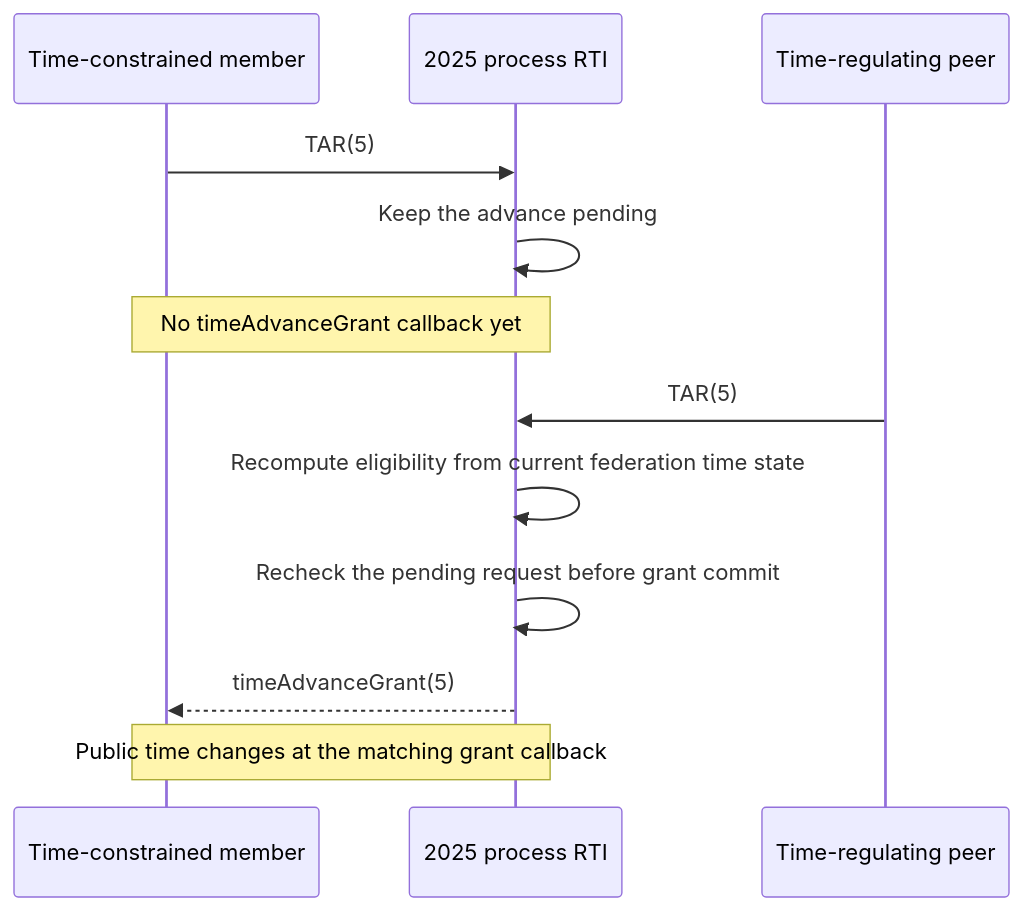
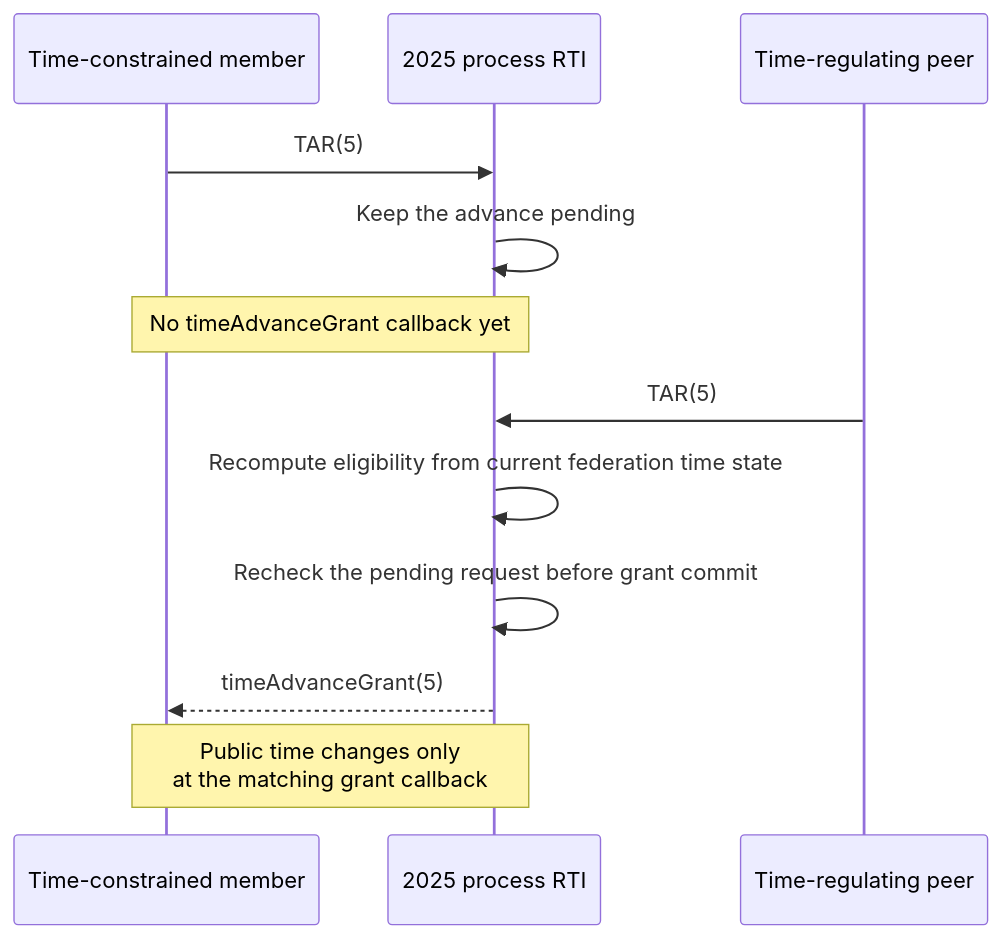
Before and after one commit to sheepfling/umbra: diagram 30 of 30 in docs/design/HLA-2025-TIME-MANAGEMENT-GUIDE.md, drawn with Mermaid. The commit also changed other lines of this file and 39 other files, not shown here.

Commit message:
Document IEEE 1516.1-2025 behavior flows

````diff
--- a/docs/design/HLA-2025-TIME-MANAGEMENT-GUIDE.md
+++ b/docs/design/HLA-2025-TIME-MANAGEMENT-GUIDE.md
@@ -1151,14 +2367,14 @@
 ```mermaid
 sequenceDiagram
   participant C as Time-constrained member
   participant RTI as 2025 process RTI
   participant R as Time-regulating peer
   C->>RTI: TAR(5)
   RTI->>RTI: Keep the advance pending
   Note over C,RTI: No timeAdvanceGrant callback yet
   R->>RTI: TAR(5)
   RTI->>RTI: Recompute eligibility from current federation time state
   RTI->>RTI: Recheck the pending request before grant commit
   RTI-->>C: timeAdvanceGrant(5)
-  Note over C,RTI: Public time changes at the matching grant callback
+  Note over C,RTI: Public time changes only<br/>at the matching grant callback
 ```
````
